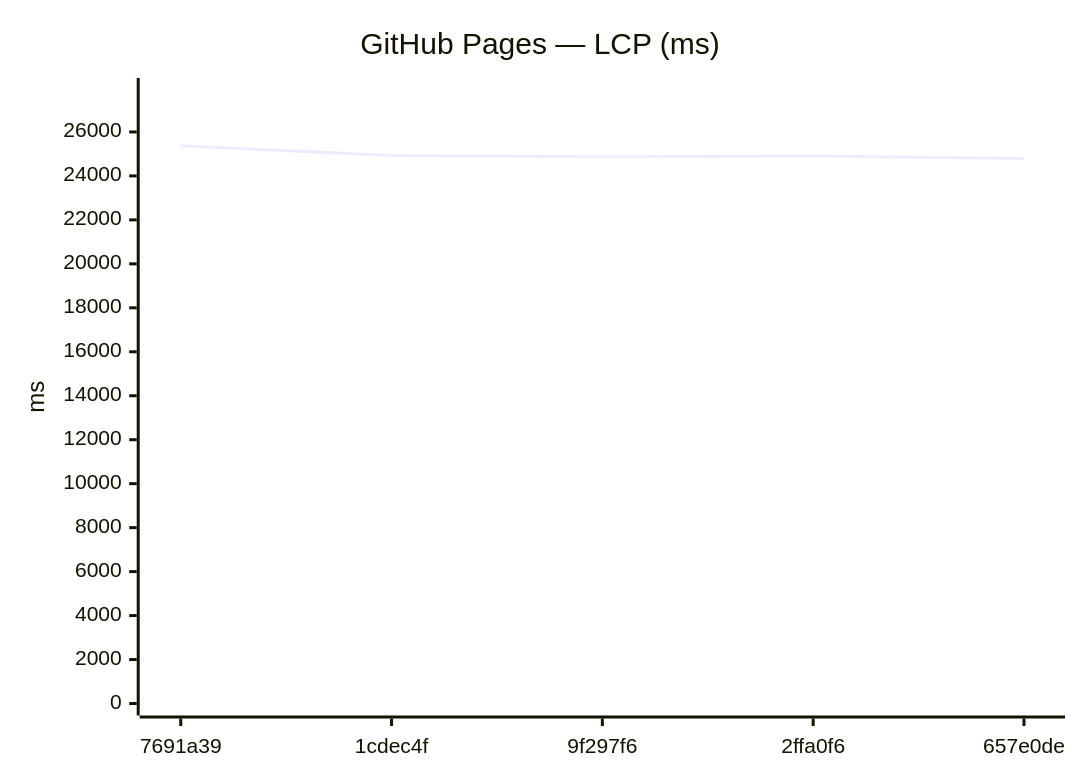
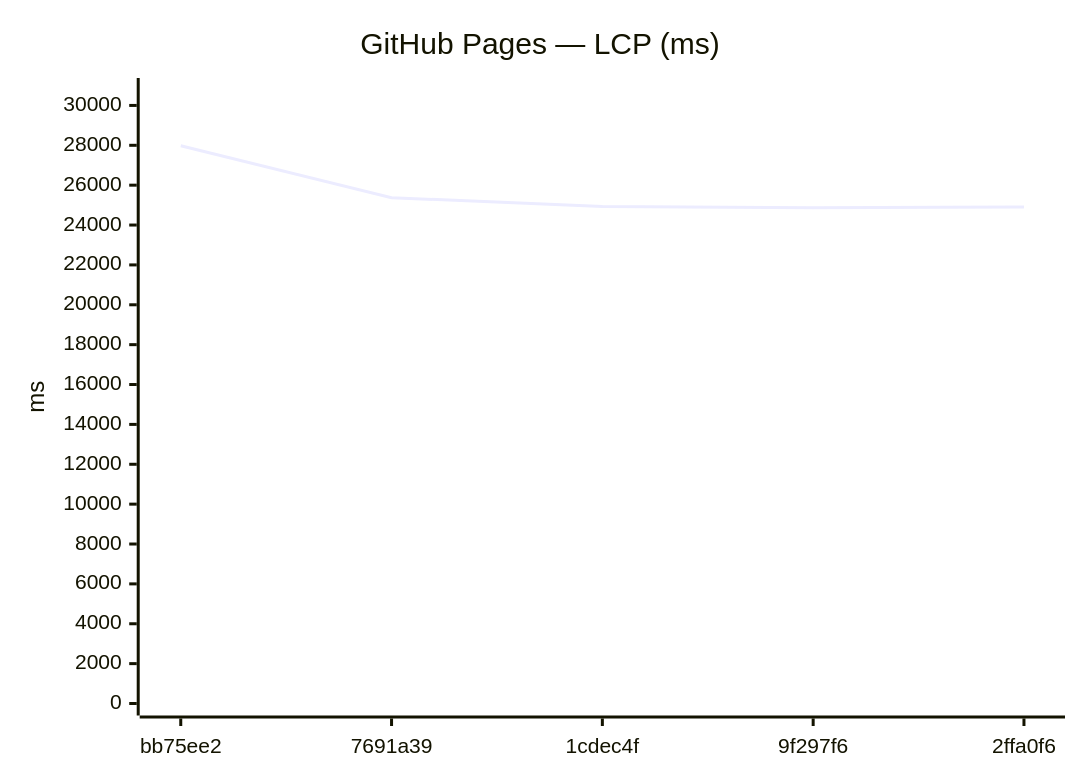
One commit to Metaheurist/Rianell changed the ninth of 18 diagrams in benchmarks/compare.md. Above: the diagram before and after it, drawn with Mermaid. The commit also changed other lines of this file and 11 other files, not shown here.

````diff
--- a/benchmarks/compare.md
+++ b/benchmarks/compare.md
@@ -142,7 +142,7 @@
 ```mermaid
 xychart-beta
     title "GitHub Pages — LCP (ms)"
-    x-axis ["7691a39", "1cdec4f", "9f297f6", "2ffa0f6", "657e0de"]
-    y-axis "ms" 0 --> 27908
-    line [25370, 24933, 24873, 24910, 24797]
+    x-axis ["bb75ee2", "7691a39", "1cdec4f", "9f297f6", "2ffa0f6"]
+    y-axis "ms" 0 --> 30774
+    line [27976, 25370, 24933, 24873, 24910]
 ```
````
